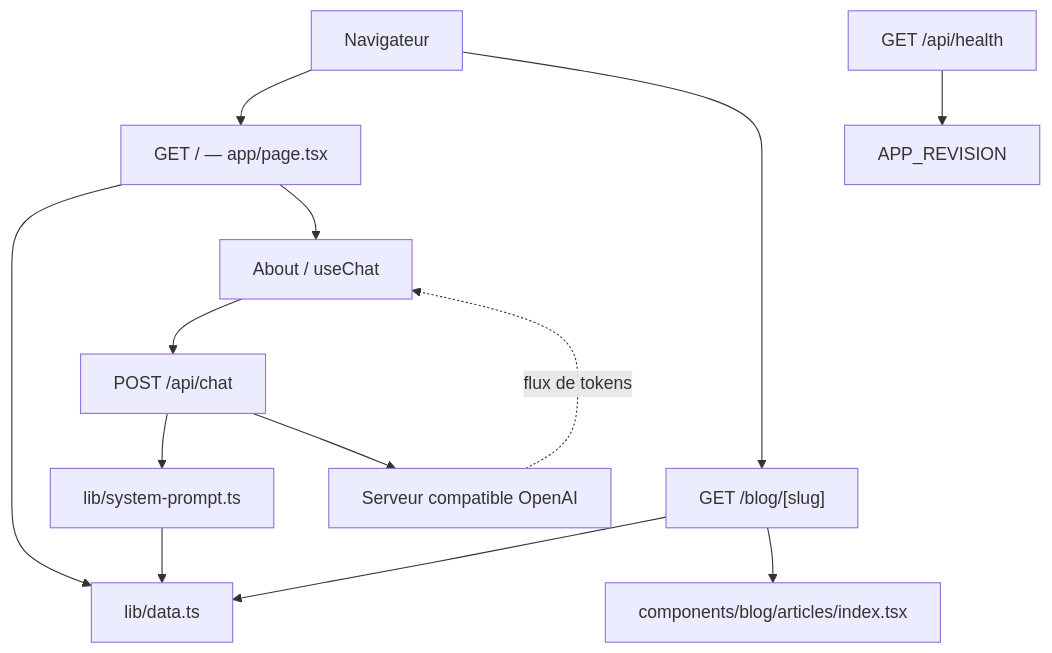
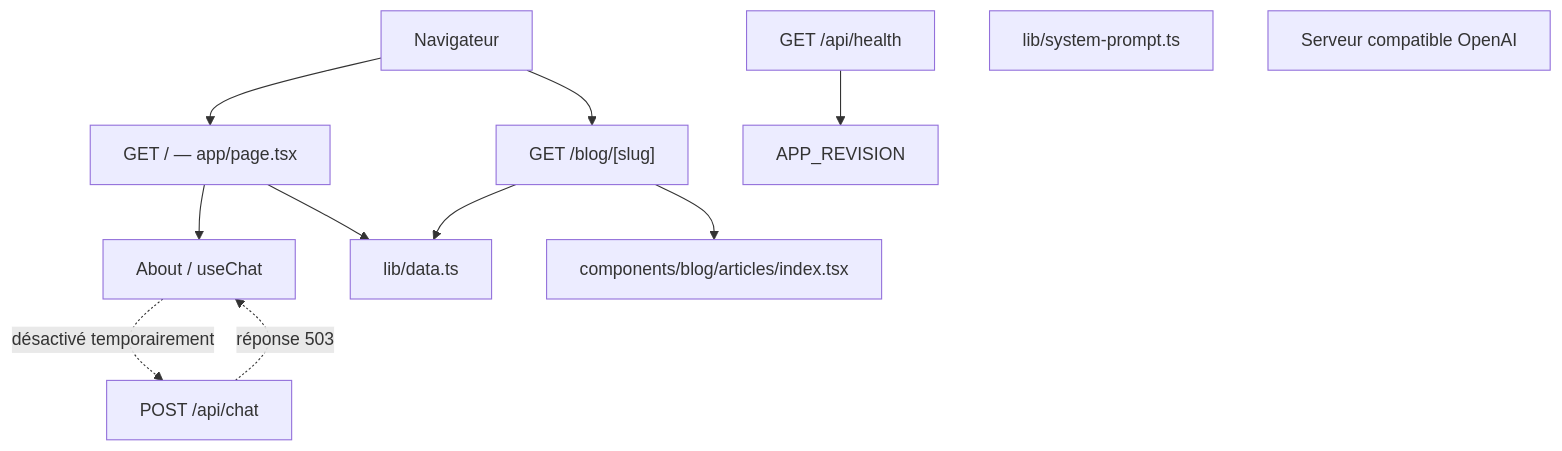
One commit to alexcommeau/my-portfolio changed the diagram in CONTEXT.md. Above: the diagram before and after it, drawn with Mermaid. The commit also changed other lines of this file and 5 other files, not shown here.

````diff
--- a/CONTEXT.md
+++ b/CONTEXT.md
@@ -138,26 +143,23 @@
 ```mermaid
 flowchart TD
     Browser[Navigateur]
     Home["GET / — app/page.tsx"]
     Blog["GET /blog/[slug]"]
     ChatUI["About / useChat"]
     ChatAPI["POST /api/chat"]
     Health["GET /api/health"]
     Prompt["lib/system-prompt.ts"]
     Data["lib/data.ts"]
     LLM["Serveur compatible OpenAI"]
     Registry["components/blog/articles/index.tsx"]
 
     Browser --> Home
     Browser --> Blog
     Home --> Data
     Blog --> Data
     Blog --> Registry
     Home --> ChatUI
-    ChatUI --> ChatAPI
-    ChatAPI --> Prompt
-    Prompt --> Data
-    ChatAPI --> LLM
-    LLM -. flux de tokens .-> ChatUI
+    ChatUI -. désactivé temporairement .-> ChatAPI
+    ChatAPI -. réponse 503 .-> ChatUI
     Health --> Revision["APP_REVISION"]
 ```
````
